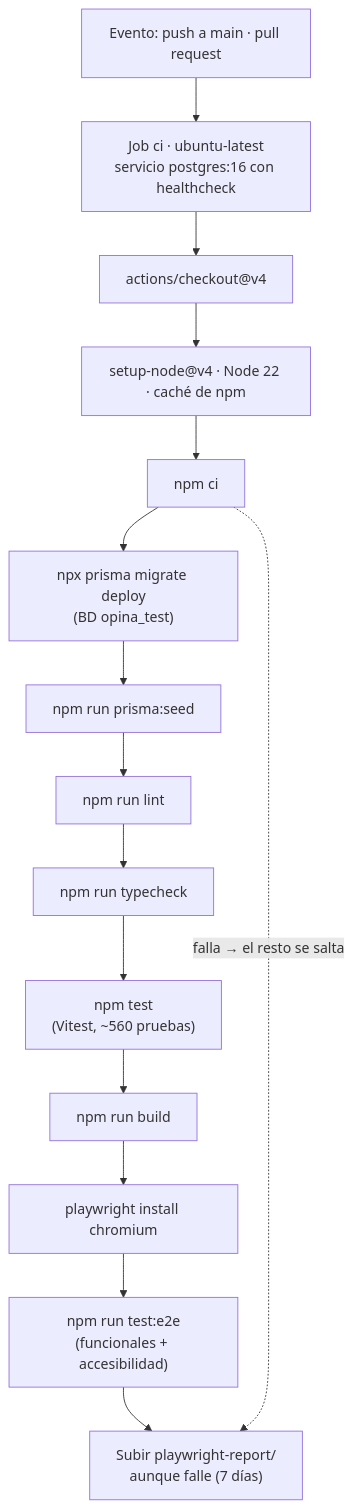
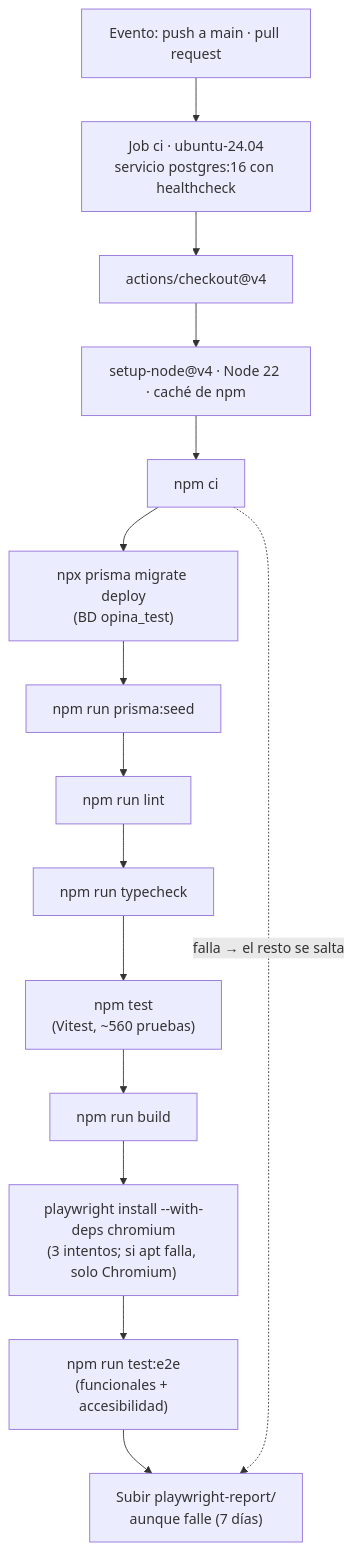
Before and after one commit to Morius2100/ai4devs-finalproject--JRG-: the second of 2 diagrams in docs/12-ci-cd.md, drawn with Mermaid. The commit also changed other lines of this file and 1 other file, not shown here.

Commit message:
fix(ci): fijar el job ci en ubuntu-24.04 y reintentar la instalación de Playwright (T10)
ubuntu-latest pasó a Ubuntu 26.04 y 'playwright install --with-deps' fallaba al no resolver apt los servidores de Ubuntu, de modo que los e2e no se ejecutaban. El job ci va ahora en ubuntu-24.04 y el paso reintenta tres veces; si apt sigue sin responder, instala solo Chromium. Se actualiza docs/12-ci-cd.md.

````diff
--- a/docs/12-ci-cd.md
+++ b/docs/12-ci-cd.md
@@ -79,17 +79,17 @@
 ```mermaid
 flowchart TB
-    S["Evento: push a main · pull request"] --> J["Job ci · ubuntu-latest<br/>servicio postgres:16 con healthcheck"]
+    S["Evento: push a main · pull request"] --> J["Job ci · ubuntu-24.04<br/>servicio postgres:16 con healthcheck"]
     J --> A["actions/checkout@v4"]
     A --> B["setup-node@v4 · Node 22 · caché de npm"]
     B --> C["npm ci"]
     C --> D["npx prisma migrate deploy<br/>(BD opina_test)"]
     D --> E["npm run prisma:seed"]
     E --> F["npm run lint"]
     F --> G["npm run typecheck"]
     G --> H["npm test<br/>(Vitest, ~560 pruebas)"]
     H --> I["npm run build"]
-    I --> K["playwright install chromium"]
+    I --> K["playwright install --with-deps chromium<br/>(3 intentos; si apt falla, solo Chromium)"]
     K --> L["npm run test:e2e<br/>(funcionales + accesibilidad)"]
     L --> M["Subir playwright-report/<br/>aunque falle (7 días)"]
     C -. "falla → el resto se salta" .-> M
 ```
````
